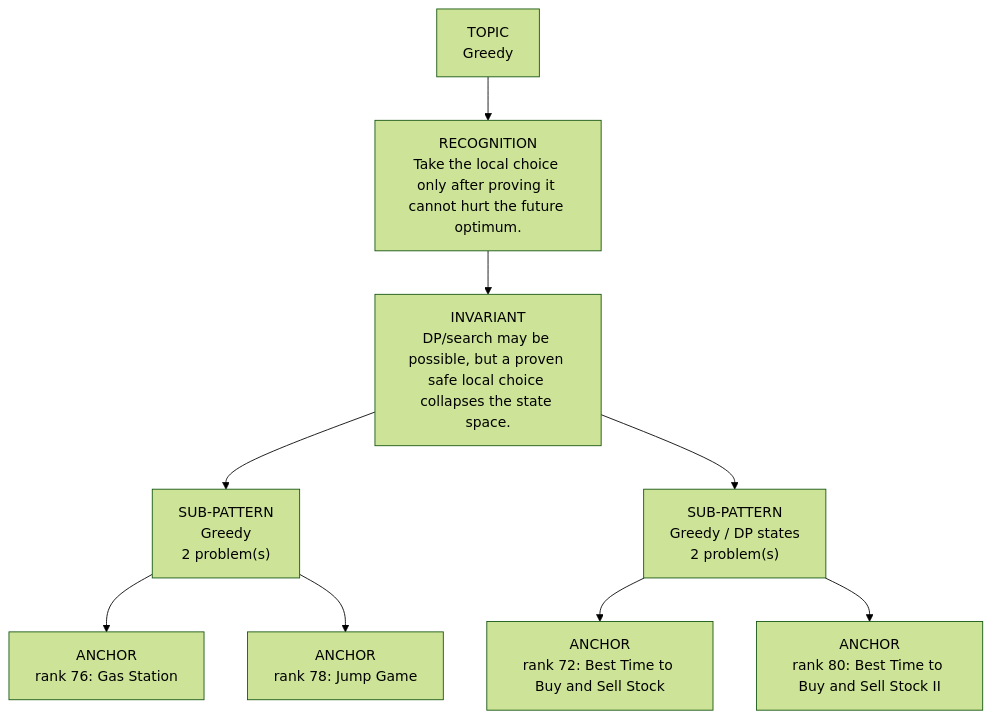
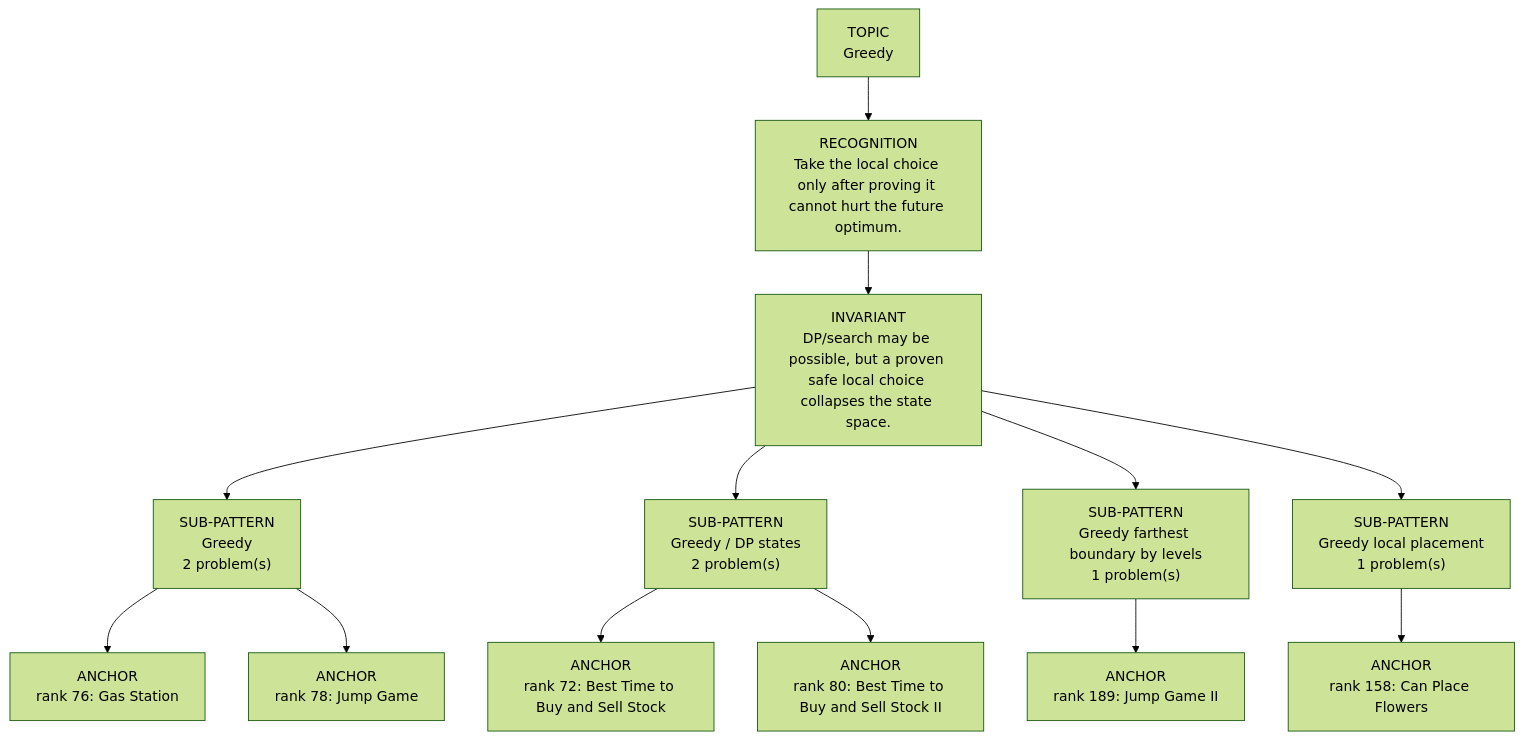
Before and after one commit to thechiranjeevjain/DSA10days: the diagram in dsa-review/interview/patterns/22_greedy.md, drawn with Mermaid (forest theme). The commit also changed other lines of this file and 61 other files, not shown here.

````diff
--- a/dsa-review/interview/patterns/22_greedy.md
+++ b/dsa-review/interview/patterns/22_greedy.md
@@ -15,13 +15,17 @@
 ```mermaid
 flowchart TD
   Topic["TOPIC<br/>Greedy"]
   Recognition["RECOGNITION<br/>Take the local choice only after proving it cannot hurt the future optimum."]
   Invariant["INVARIANT<br/>DP/search may be possible, but a proven safe local choice collapses the state space."]
   Topic --> Recognition --> Invariant
   Invariant --> Sub01["SUB-PATTERN<br/>Greedy<br/>2 problem(s)"]
   Sub01 --> Sub01A01["ANCHOR<br/>rank 76: Gas Station"]
   Sub01 --> Sub01A02["ANCHOR<br/>rank 78: Jump Game"]
   Invariant --> Sub02["SUB-PATTERN<br/>Greedy / DP states<br/>2 problem(s)"]
   Sub02 --> Sub02A01["ANCHOR<br/>rank 72: Best Time to Buy and Sell Stock"]
   Sub02 --> Sub02A02["ANCHOR<br/>rank 80: Best Time to Buy and Sell Stock II"]
+  Invariant --> Sub03["SUB-PATTERN<br/>Greedy farthest boundary by levels<br/>1 problem(s)"]
+  Sub03 --> Sub03A01["ANCHOR<br/>rank 189: Jump Game II"]
+  Invariant --> Sub04["SUB-PATTERN<br/>Greedy local placement<br/>1 problem(s)"]
+  Sub04 --> Sub04A01["ANCHOR<br/>rank 158: Can Place Flowers"]
 ```
````
